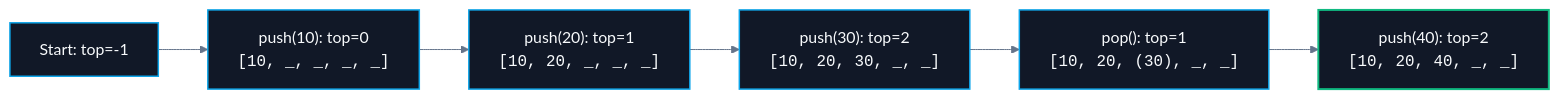
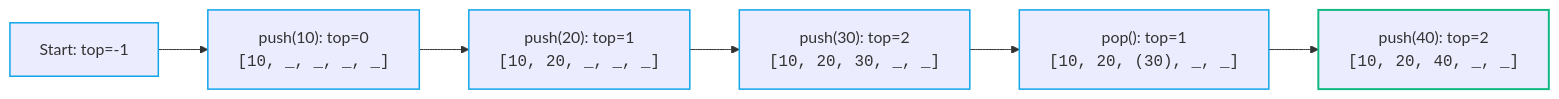
Before and after one commit to abhinavbharti2345/CS_Notes: the fifth of 5 diagrams in CS/DSA/06. Stacks & Queues/01. Stack Fundamentals.md, drawn with Mermaid. The commit also changed other lines of this file and 91 other files, not shown here.

````diff
--- a/CS/DSA/06. Stacks & Queues/01. Stack Fundamentals.md
+++ b/CS/DSA/06. Stacks & Queues/01. Stack Fundamentals.md
@@ -254,14 +250,13 @@
 ```mermaid
-%%{init: {'theme': 'base', 'themeVariables': { 'darkMode': true, 'background': '#0B0F14', 'mainBkg': '#111827', 'primaryColor': '#111827', 'primaryTextColor': '#F8FAFC', 'primaryBorderColor': '#38BDF8', 'lineColor': '#64748B', 'secondaryColor': '#0B0F14', 'tertiaryColor': '#0B0F14', 'clusterBkg': '#0B0F14', 'clusterBorder': '#38BDF8' }}}%%
 flowchart LR
     S0["Start: top=-1"] --> S1["push(10): top=0<br/><code>[10, _, _, _, _]</code>"]
     S1 --> S2["push(20): top=1<br/><code>[10, 20, _, _, _]</code>"]
     S2 --> S3["push(30): top=2<br/><code>[10, 20, 30, _, _]</code>"]
     S3 --> S4["pop(): top=1<br/><code>[10, 20, (30), _, _]</code>"]
     S4 --> S5["push(40): top=2<br/><code>[10, 20, 40, _, _]</code>"]
 
-    classDef step fill:#111827,stroke:#0ea5e9,stroke-width:1.5px,color:#F8FAFC;
-    classDef final fill:#111827,stroke:#10b981,stroke-width:2px,color:#F8FAFC;
+    classDef step stroke:#0ea5e9,stroke-width:1.5px;
+    classDef final stroke:#10b981,stroke-width:2px;
     class S0,S1,S2,S3,S4 step;
     class S5 final;
 ```
````
